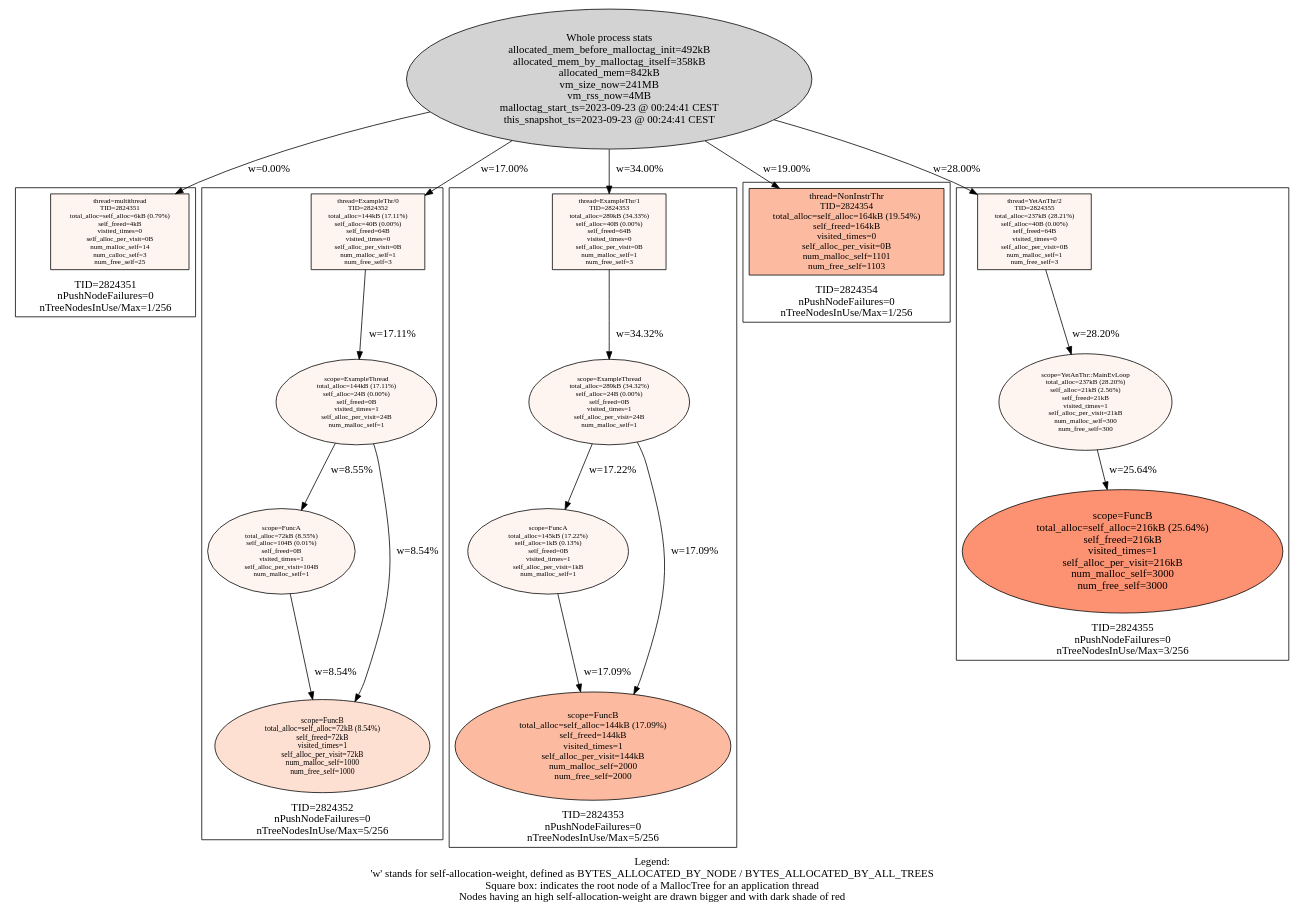
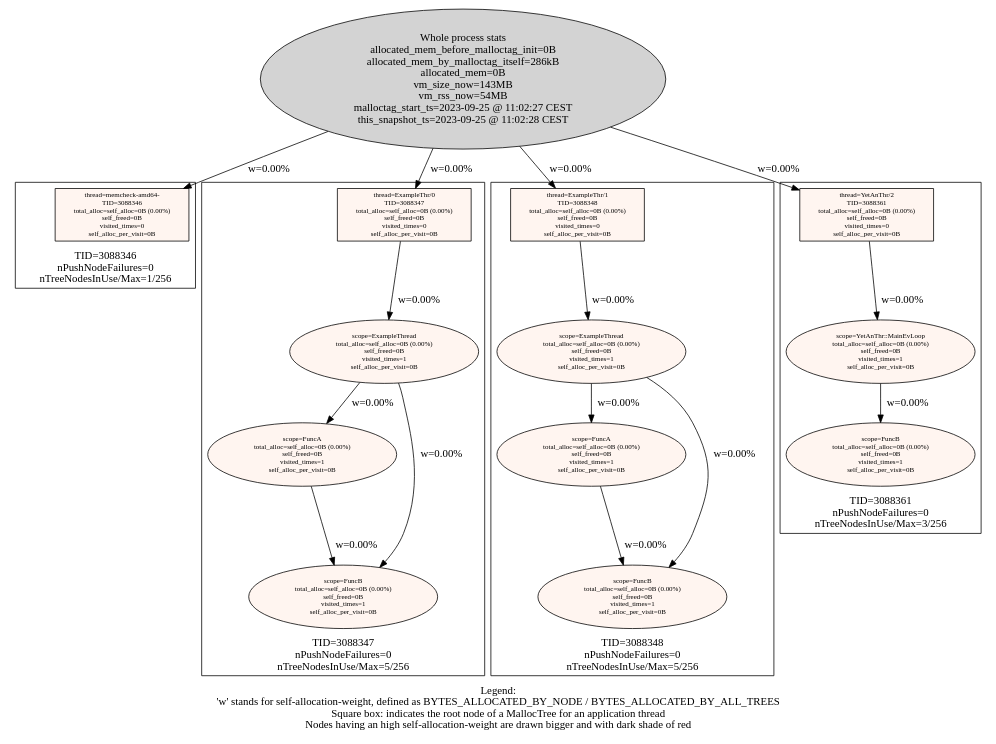
One commit to f18m/malloc-tag changed the diagram in examples/multithread/multithread_stats.dot. Above: the diagram before and after it, drawn with Graphviz. The commit also changed 12 other files, not shown here.

First line of the commit message:
Cleanup MallocTree node pools at shutdown (#8)

```diff
--- a/examples/multithread/multithread_stats.dot
+++ b/examples/multithread/multithread_stats.dot
@@ -1,82 +1,73 @@
 digraph AllMallocTrees {
  node [colorscheme=reds9 style=filled]
-  "Process 2824351" [label="Whole process stats\nallocated_mem_before_malloctag_init=492kB\nallocated_mem_by_malloctag_itself=358kB\nallocated_mem=842kB\nvm_size_now=241MB\nvm_rss_now=4MB\nmalloctag_start_ts=2023-09-23 @ 00:24:41 CEST\nthis_snapshot_ts=2023-09-23 @ 00:24:41 CEST\n"
+  "Process 3088346" [label="Whole process stats\nallocated_mem_before_malloctag_init=0B\nallocated_mem_by_malloctag_itself=286kB\nallocated_mem=0B\nvm_size_now=143MB\nvm_rss_now=54MB\nmalloctag_start_ts=2023-09-25 @ 11:02:27 CEST\nthis_snapshot_ts=2023-09-25 @ 11:02:28 CEST\n"
 ]
- subgraph cluster_TID2824351 {
+ subgraph cluster_TID3088346 {
   node [colorscheme=reds9 style=filled]
   labelloc="b"
-  label="TID=2824351\nnPushNodeFailures=0\nnTreeNodesInUse/Max=1/256\n"
-  "2824351_multithread" [label="thread=multithread\nTID=2824351\ntotal_alloc=self_alloc=6kB (0.79%)\nself_freed=4kB\nvisited_times=0\nself_alloc_per_visit=0B\nnum_malloc_self=14\nnum_calloc_self=3\nnum_free_self=25\n"
+  label="TID=3088346\nnPushNodeFailures=0\nnTreeNodesInUse/Max=1/256\n"
+  "3088346_memcheck-amd64-" [label="thread=memcheck-amd64-\nTID=3088346\ntotal_alloc=self_alloc=0B (0.00%)\nself_freed=0B\nvisited_times=0\nself_alloc_per_visit=0B\n"
  shape=box fillcolor=1 fontsize=9]
  }
 
-  "Process 2824351" -> "2824351_multithread" [label="w=0.00%"]
- subgraph cluster_TID2824352 {
+  "Process 3088346" -> "3088346_memcheck-amd64-" [label="w=0.00%"]
+ subgraph cluster_TID3088347 {
   node [colorscheme=reds9 style=filled]
   labelloc="b"
-  label="TID=2824352\nnPushNodeFailures=0\nnTreeNodesInUse/Max=5/256\n"
-  "2824352_ExampleThr/0" [label="thread=ExampleThr/0\nTID=2824352\ntotal_alloc=144kB (17.11%)\nself_alloc=40B (0.00%)\nself_freed=64B\nvisited_times=0\nself_alloc_per_visit=0B\nnum_malloc_self=1\nnum_free_self=3\n"
+  label="TID=3088347\nnPushNodeFailures=0\nnTreeNodesInUse/Max=5/256\n"
+  "3088347_ExampleThr/0" [label="thread=ExampleThr/0\nTID=3088347\ntotal_alloc=self_alloc=0B (0.00%)\nself_freed=0B\nvisited_times=0\nself_alloc_per_visit=0B\n"
  shape=box fillcolor=1 fontsize=9]
-  "2824352_ExampleThr/0" -> "2824352_ExampleThread" [label="w=17.11%"]
-  "2824352_ExampleThread" [label="scope=ExampleThread\ntotal_alloc=144kB (17.11%)\nself_alloc=24B (0.00%)\nself_freed=0B\nvisited_times=1\nself_alloc_per_visit=24B\nnum_malloc_self=1\n"
+  "3088347_ExampleThr/0" -> "3088347_ExampleThread" [label="w=0.00%"]
+  "3088347_ExampleThread" [label="scope=ExampleThread\ntotal_alloc=self_alloc=0B (0.00%)\nself_freed=0B\nvisited_times=1\nself_alloc_per_visit=0B\n"
  fillcolor=1 fontsize=9]
-  "2824352_ExampleThread" -> "2824352_FuncA" [label="w=8.55%"]
-  "2824352_ExampleThread" -> "2824352_FuncB" [label="w=8.54%"]
-  "2824352_FuncA" [label="scope=FuncA\ntotal_alloc=72kB (8.55%)\nself_alloc=104B (0.01%)\nself_freed=0B\nvisited_times=1\nself_alloc_per_visit=104B\nnum_malloc_self=1\n"
+  "3088347_ExampleThread" -> "3088347_FuncA" [label="w=0.00%"]
+  "3088347_ExampleThread" -> "3088347_FuncB" [label="w=0.00%"]
+  "3088347_FuncA" [label="scope=FuncA\ntotal_alloc=self_alloc=0B (0.00%)\nself_freed=0B\nvisited_times=1\nself_alloc_per_visit=0B\n"
  fillcolor=1 fontsize=9]
-  "2824352_FuncA" -> "2824352_FuncB" [label="w=8.54%"]
-  "2824352_FuncB" [label="scope=FuncB\ntotal_alloc=self_alloc=72kB (8.54%)\nself_freed=72kB\nvisited_times=1\nself_alloc_per_visit=72kB\nnum_malloc_self=1000\nnum_free_self=1000\n"
- fillcolor=2 fontsize=10]
-  "2824352_FuncB" [label="scope=FuncB\ntotal_alloc=self_alloc=72kB (8.54%)\nself_freed=72kB\nvisited_times=1\nself_alloc_per_visit=72kB\nnum_malloc_self=1000\nnum_free_self=1000\n"
- fillcolor=2 fontsize=10]
+  "3088347_FuncA" -> "3088347_FuncB" [label="w=0.00%"]
+  "3088347_FuncB" [label="scope=FuncB\ntotal_alloc=self_alloc=0B (0.00%)\nself_freed=0B\nvisited_times=1\nself_alloc_per_visit=0B\n"
+ fillcolor=1 fontsize=9]
+  "3088347_FuncB" [label="scope=FuncB\ntotal_alloc=self_alloc=0B (0.00%)\nself_freed=0B\nvisited_times=1\nself_alloc_per_visit=0B\n"
+ fillcolor=1 fontsize=9]
  }
 
-  "Process 2824351" -> "2824352_ExampleThr/0" [label="w=17.00%"]
- subgraph cluster_TID2824353 {
+  "Process 3088346" -> "3088347_ExampleThr/0" [label="w=0.00%"]
+ subgraph cluster_TID3088348 {
   node [colorscheme=reds9 style=filled]
   labelloc="b"
-  label="TID=2824353\nnPushNodeFailures=0\nnTreeNodesInUse/Max=5/256\n"
-  "2824353_ExampleThr/1" [label="thread=ExampleThr/1\nTID=2824353\ntotal_alloc=289kB (34.33%)\nself_alloc=40B (0.00%)\nself_freed=64B\nvisited_times=0\nself_alloc_per_visit=0B\nnum_malloc_self=1\nnum_free_self=3\n"
+  label="TID=3088348\nnPushNodeFailures=0\nnTreeNodesInUse/Max=5/256\n"
+  "3088348_ExampleThr/1" [label="thread=ExampleThr/1\nTID=3088348\ntotal_alloc=self_alloc=0B (0.00%)\nself_freed=0B\nvisited_times=0\nself_alloc_per_visit=0B\n"
  shape=box fillcolor=1 fontsize=9]
-  "2824353_ExampleThr/1" -> "2824353_ExampleThread" [label="w=34.32%"]
-  "2824353_ExampleThread" [label="scope=ExampleThread\ntotal_alloc=289kB (34.32%)\nself_alloc=24B (0.00%)\nself_freed=0B\nvisited_times=1\nself_alloc_per_visit=24B\nnum_malloc_self=1\n"
+  "3088348_ExampleThr/1" -> "3088348_ExampleThread" [label="w=0.00%"]
+  "3088348_ExampleThread" [label="scope=ExampleThread\ntotal_alloc=self_alloc=0B (0.00%)\nself_freed=0B\nvisited_times=1\nself_alloc_per_visit=0B\n"
  fillcolor=1 fontsize=9]
-  "2824353_ExampleThread" -> "2824353_FuncA" [label="w=17.22%"]
-  "2824353_ExampleThread" -> "2824353_FuncB" [label="w=17.09%"]
-  "2824353_FuncA" [label="scope=FuncA\ntotal_alloc=145kB (17.22%)\nself_alloc=1kB (0.13%)\nself_freed=0B\nvisited_times=1\nself_alloc_per_visit=1kB\nnum_malloc_self=1\n"
+  "3088348_ExampleThread" -> "3088348_FuncA" [label="w=0.00%"]
+  "3088348_ExampleThread" -> "3088348_FuncB" [label="w=0.00%"]
+  "3088348_FuncA" [label="scope=FuncA\ntotal_alloc=self_alloc=0B (0.00%)\nself_freed=0B\nvisited_times=1\nself_alloc_per_visit=0B\n"
  fillcolor=1 fontsize=9]
-  "2824353_FuncA" -> "2824353_FuncB" [label="w=17.09%"]
-  "2824353_FuncB" [label="scope=FuncB\ntotal_alloc=self_alloc=144kB (17.09%)\nself_freed=144kB\nvisited_times=1\nself_alloc_per_visit=144kB\nnum_malloc_self=2000\nnum_free_self=2000\n"
- fillcolor=3 fontsize=12]
-  "2824353_FuncB" [label="scope=FuncB\ntotal_alloc=self_alloc=144kB (17.09%)\nself_freed=144kB\nvisited_times=1\nself_alloc_per_visit=144kB\nnum_malloc_self=2000\nnum_free_self=2000\n"
- fillcolor=3 fontsize=12]
+  "3088348_FuncA" -> "3088348_FuncB" [label="w=0.00%"]
+  "3088348_FuncB" [label="scope=FuncB\ntotal_alloc=self_alloc=0B (0.00%)\nself_freed=0B\nvisited_times=1\nself_alloc_per_visit=0B\n"
+ fillcolor=1 fontsize=9]
+  "3088348_FuncB" [label="scope=FuncB\ntotal_alloc=self_alloc=0B (0.00%)\nself_freed=0B\nvisited_times=1\nself_alloc_per_visit=0B\n"
+ fillcolor=1 fontsize=9]
  }
 
-  "Process 2824351" -> "2824353_ExampleThr/1" [label="w=34.00%"]
- subgraph cluster_TID2824354 {
+  "Process 3088346" -> "3088348_ExampleThr/1" [label="w=0.00%"]
+ subgraph cluster_TID3088361 {
   node [colorscheme=reds9 style=filled]
   labelloc="b"
-  label="TID=2824354\nnPushNodeFailures=0\nnTreeNodesInUse/Max=1/256\n"
-  "2824354_NonInstrThr" [label="thread=NonInstrThr\nTID=2824354\ntotal_alloc=self_alloc=164kB (19.54%)\nself_freed=164kB\nvisited_times=0\nself_alloc_per_visit=0B\nnum_malloc_self=1101\nnum_free_self=1103\n"
- shape=box fillcolor=3 fontsize=12]
+  label="TID=3088361\nnPushNodeFailures=0\nnTreeNodesInUse/Max=3/256\n"
+  "3088361_YetAnThr/2" [label="thread=YetAnThr/2\nTID=3088361\ntotal_alloc=self_alloc=0B (0.00%)\nself_freed=0B\nvisited_times=0\nself_alloc_per_visit=0B\n"
+ shape=box fillcolor=1 fontsize=9]
+  "3088361_YetAnThr/2" -> "3088361_YetAnThr::MainEvLoop" [label="w=0.00%"]
+  "3088361_YetAnThr::MainEvLoop" [label="scope=YetAnThr::MainEvLoop\ntotal_alloc=self_alloc=0B (0.00%)\nself_freed=0B\nvisited_times=1\nself_alloc_per_visit=0B\n"
+ fillcolor=1 fontsize=9]
+  "3088361_YetAnThr::MainEvLoop" -> "3088361_FuncB" [label="w=0.00%"]
+  "3088361_FuncB" [label="scope=FuncB\ntotal_alloc=self_alloc=0B (0.00%)\nself_freed=0B\nvisited_times=1\nself_alloc_per_visit=0B\n"
+ fillcolor=1 fontsize=9]
  }
 
-  "Process 2824351" -> "2824354_NonInstrThr" [label="w=19.00%"]
- subgraph cluster_TID2824355 {
-  node [colorscheme=reds9 style=filled]
-  labelloc="b"
-  label="TID=2824355\nnPushNodeFailures=0\nnTreeNodesInUse/Max=3/256\n"
-  "2824355_YetAnThr/2" [label="thread=YetAnThr/2\nTID=2824355\ntotal_alloc=237kB (28.21%)\nself_alloc=40B (0.00%)\nself_freed=64B\nvisited_times=0\nself_alloc_per_visit=0B\nnum_malloc_self=1\nnum_free_self=3\n"
- shape=box fillcolor=1 fontsize=9]
-  "2824355_YetAnThr/2" -> "2824355_YetAnThr::MainEvLoop" [label="w=28.20%"]
-  "2824355_YetAnThr::MainEvLoop" [label="scope=YetAnThr::MainEvLoop\ntotal_alloc=237kB (28.20%)\nself_alloc=21kB (2.56%)\nself_freed=21kB\nvisited_times=1\nself_alloc_per_visit=21kB\nnum_malloc_self=300\nnum_free_self=300\n"
- fillcolor=1 fontsize=9]
-  "2824355_YetAnThr::MainEvLoop" -> "2824355_FuncB" [label="w=25.64%"]
-  "2824355_FuncB" [label="scope=FuncB\ntotal_alloc=self_alloc=216kB (25.64%)\nself_freed=216kB\nvisited_times=1\nself_alloc_per_visit=216kB\nnum_malloc_self=3000\nnum_free_self=3000\n"
- fillcolor=4 fontsize=14]
- }
-
-  "Process 2824351" -> "2824355_YetAnThr/2" [label="w=28.00%"]
+  "Process 3088346" -> "3088361_YetAnThr/2" [label="w=0.00%"]
  labelloc="b"
  label="Legend:\n'w' stands for self-allocation-weight, defined as BYTES_ALLOCATED_BY_NODE / BYTES_ALLOCATED_BY_ALL_TREES\nSquare box: indicates the root node of a MallocTree for an application thread\nNodes having an high self-allocation-weight are drawn bigger and with dark shade of red\n"
 }
```
